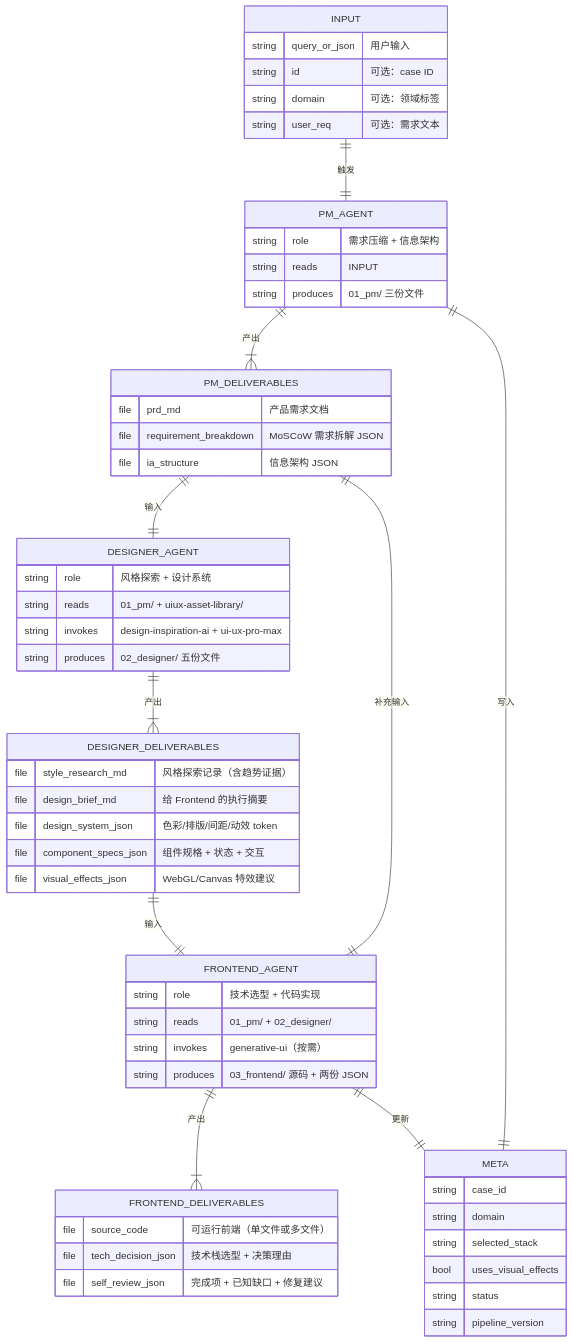
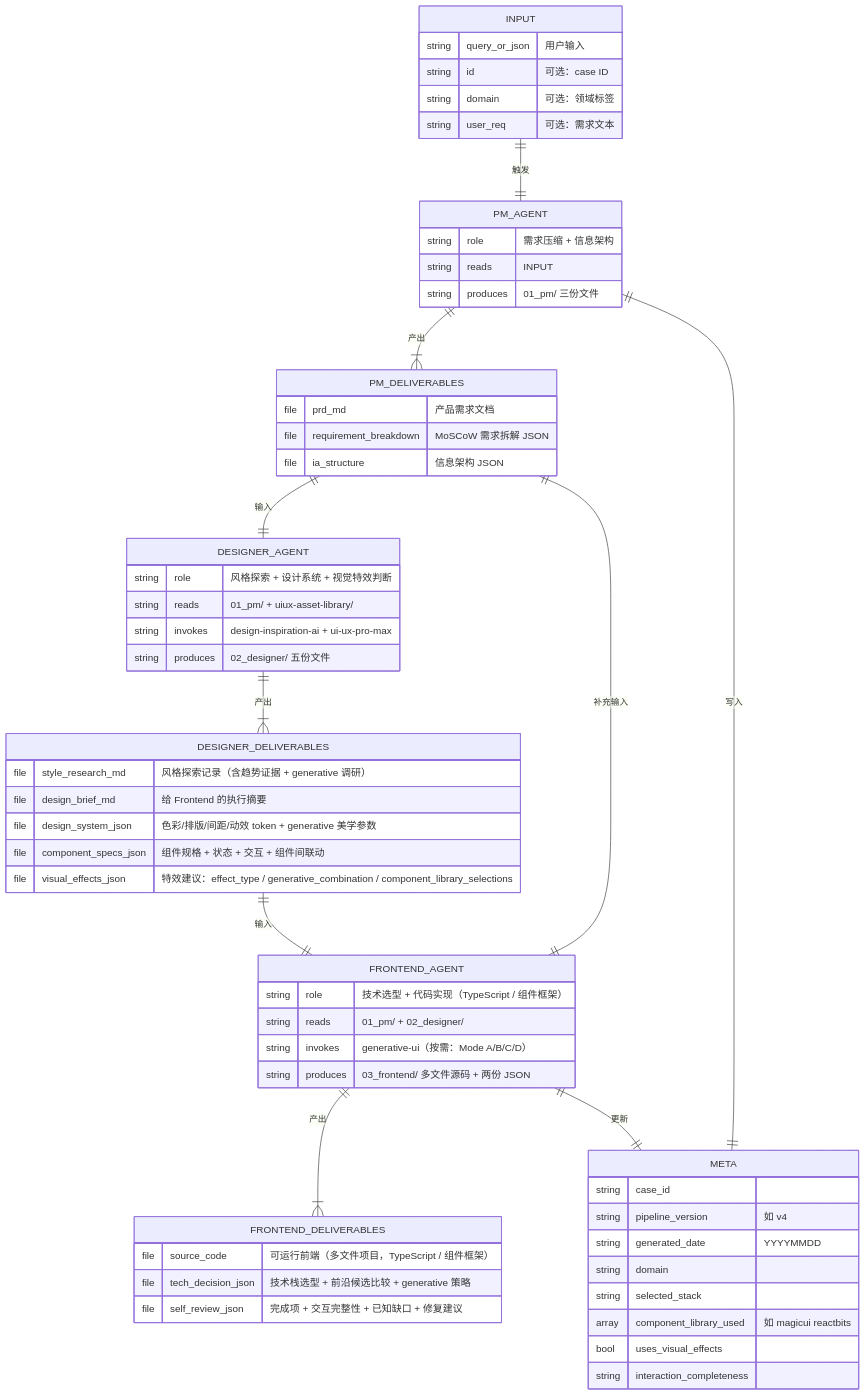
One commit to PlevanTem/ui-data-synth-pipeline changed the third of 5 diagrams in ARCHITECTURE.md. Above: the diagram before and after it, drawn with Mermaid. The commit also changed other lines of this file and 365 other files, not shown here.

````diff
--- a/ARCHITECTURE.md
+++ b/ARCHITECTURE.md
@@ -103,68 +103,70 @@
 ```mermaid
 erDiagram
     INPUT {
         string query_or_json "用户输入"
-        string id            "可选：case ID"
-        string domain        "可选：领域标签"
-        string user_req      "可选：需求文本"
+        string id "可选：case ID"
+        string domain "可选：领域标签"
+        string user_req "可选：需求文本"
     }
 
     PM_AGENT {
-        string role       "需求压缩 + 信息架构"
-        string reads      "INPUT"
-        string produces   "01_pm/ 三份文件"
+        string role "需求压缩 + 信息架构"
+        string reads "INPUT"
+        string produces "01_pm/ 三份文件"
     }
 
     DESIGNER_AGENT {
-        string role       "风格探索 + 设计系统"
-        string reads      "01_pm/ + uiux-asset-library/"
-        string invokes    "design-inspiration-ai + ui-ux-pro-max"
-        string produces   "02_designer/ 五份文件"
+        string role "风格探索 + 设计系统 + 视觉特效判断"
+        string reads "01_pm/ + uiux-asset-library/"
+        string invokes "design-inspiration-ai + ui-ux-pro-max"
+        string produces "02_designer/ 五份文件"
     }
 
     FRONTEND_AGENT {
-        string role       "技术选型 + 代码实现"
-        string reads      "01_pm/ + 02_designer/"
-        string invokes    "generative-ui（按需）"
-        string produces   "03_frontend/ 源码 + 两份 JSON"
+        string role "技术选型 + 代码实现（TypeScript / 组件框架）"
+        string reads "01_pm/ + 02_designer/"
+        string invokes "generative-ui（按需：Mode A/B/C/D）"
+        string produces "03_frontend/ 多文件源码 + 两份 JSON"
     }
 
     PM_DELIVERABLES {
-        file prd_md                   "产品需求文档"
-        file requirement_breakdown    "MoSCoW 需求拆解 JSON"
-        file ia_structure             "信息架构 JSON"
+        file prd_md "产品需求文档"
+        file requirement_breakdown "MoSCoW 需求拆解 JSON"
+        file ia_structure "信息架构 JSON"
     }
 
     DESIGNER_DELIVERABLES {
-        file style_research_md        "风格探索记录（含趋势证据）"
-        file design_brief_md          "给 Frontend 的执行摘要"
-        file design_system_json       "色彩/排版/间距/动效 token"
-        file component_specs_json     "组件规格 + 状态 + 交互"
-        file visual_effects_json      "WebGL/Canvas 特效建议"
+        file style_research_md "风格探索记录（含趋势证据 + generative 调研）"
+        file design_brief_md "给 Frontend 的执行摘要"
+        file design_system_json "色彩/排版/间距/动效 token + generative 美学参数"
+        file component_specs_json "组件规格 + 状态 + 交互 + 组件间联动"
+        file visual_effects_json "特效建议：effect_type / generative_combination / component_library_selections"
     }
 
     FRONTEND_DELIVERABLES {
-        file source_code              "可运行前端（单文件或多文件）"
-        file tech_decision_json       "技术栈选型 + 决策理由"
-        file self_review_json         "完成项 + 已知缺口 + 修复建议"
+        file source_code "可运行前端（多文件项目，TypeScript / 组件框架）"
+        file tech_decision_json "技术栈选型 + 前沿候选比较 + generative 策略"
+        file self_review_json "完成项 + 交互完整性 + 已知缺口 + 修复建议"
     }
 
     META {
         string case_id
+        string pipeline_version "如 v4"
+        string generated_date "YYYYMMDD"
         string domain
         string selected_stack
-        bool   uses_visual_effects
-        string status
-        string pipeline_version
+        array component_library_used "如 magicui reactbits"
+        bool uses_visual_effects
+        string interaction_completeness
     }
 
-    INPUT            ||--|| PM_AGENT            : "触发"
-    PM_AGENT         ||--|{ PM_DELIVERABLES     : "产出"
-    PM_DELIVERABLES  ||--|| DESIGNER_AGENT      : "输入"
-    DESIGNER_AGENT   ||--|{ DESIGNER_DELIVERABLES : "产出"
+    INPUT ||--|| PM_AGENT : "触发"
+    PM_AGENT ||--|{ PM_DELIVERABLES : "产出"
+    PM_DELIVERABLES ||--|| DESIGNER_AGENT : "输入"
+    DESIGNER_AGENT ||--|{ DESIGNER_DELIVERABLES : "产出"
     DESIGNER_DELIVERABLES ||--|| FRONTEND_AGENT : "输入"
-    PM_DELIVERABLES  ||--|| FRONTEND_AGENT      : "补充输入"
-    FRONTEND_AGENT   ||--|{ FRONTEND_DELIVERABLES : "产出"
-    PM_AGENT         ||--|| META               : "写入"
-    FRONTEND_AGENT   ||--|| META               : "更新"
+    PM_DELIVERABLES ||--|| FRONTEND_AGENT : "补充输入"
+    FRONTEND_AGENT ||--|{ FRONTEND_DELIVERABLES : "产出"
+    PM_AGENT ||--|| META : "写入"
+    FRONTEND_AGENT ||--|| META : "更新"
 ```
````
